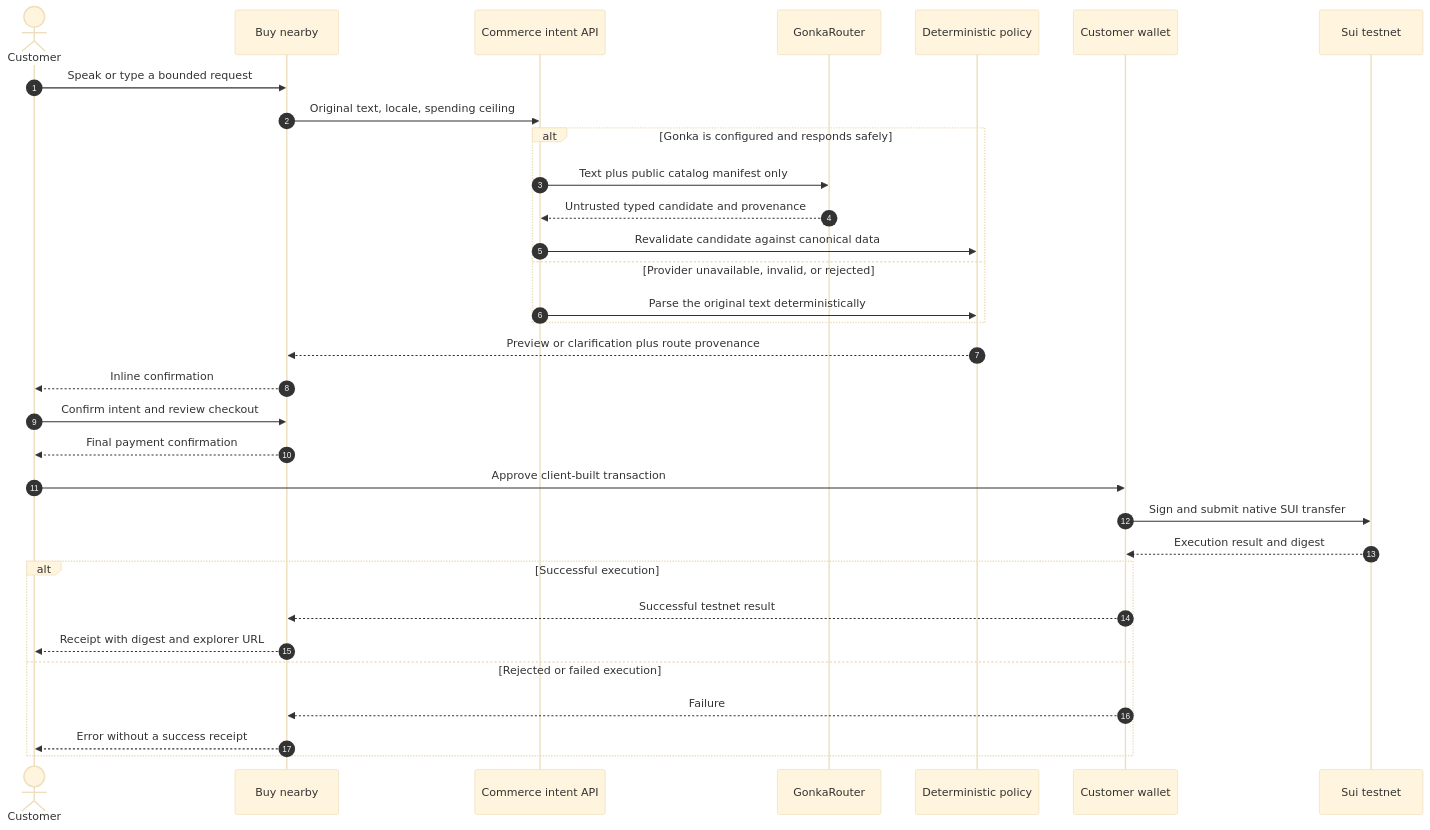
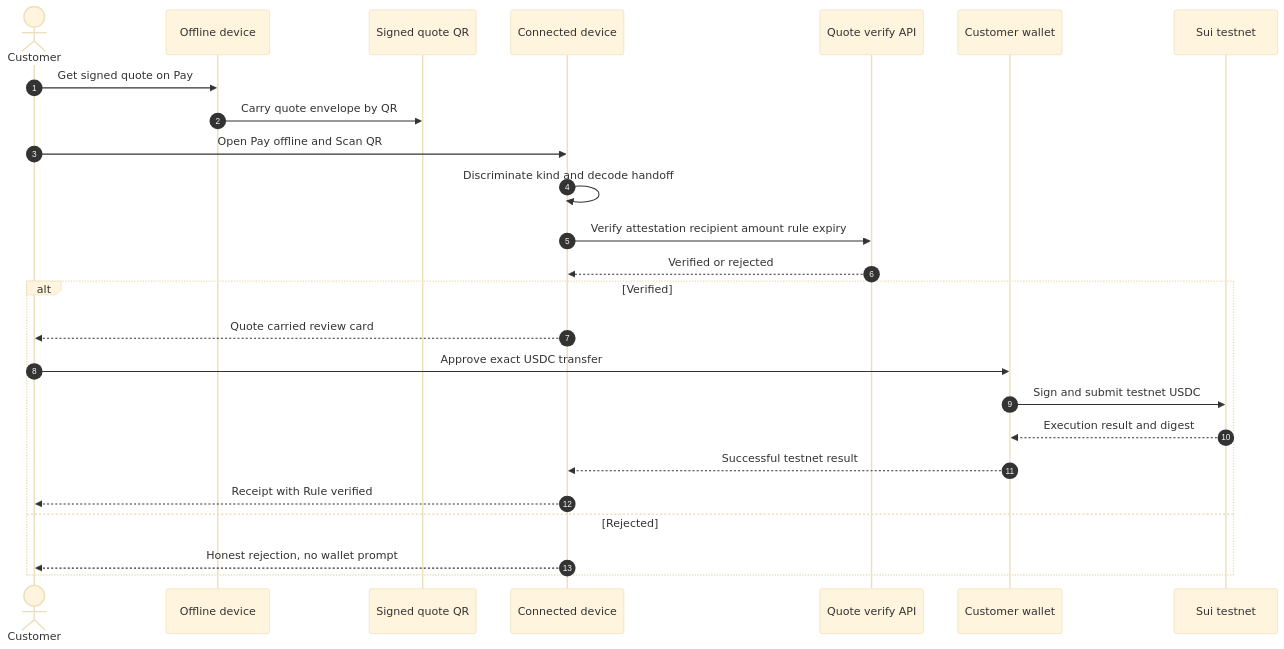
Before and after one commit to MUBA-Hack/convey-sui: the third of 4 diagrams in README.md, drawn with Mermaid (base theme). The commit also changed other lines of this file and 53 other files, not shown here.

Commit message:
Unify intent-aware remittance and offline handoff

````diff
--- a/README.md
+++ b/README.md
@@ -298,35 +384,28 @@
 ```mermaid
 sequenceDiagram
   autonumber
   actor Customer
-  participant Pay as Buy nearby
-  participant Intent as Commerce intent API
-  participant Gonka as GonkaRouter
-  participant Policy as Deterministic policy
+  participant Offline as Offline device
+  participant Qr as Signed quote QR
+  participant Connected as Connected device
+  participant Verify as Quote verify API
   participant Wallet as Customer wallet
   participant Sui as Sui testnet
 
-  Customer->>Pay: Speak or type a bounded request
-  Pay->>Intent: Original text, locale, spending ceiling
-  alt Gonka is configured and responds safely
-    Intent->>Gonka: Text plus public catalog manifest only
-    Gonka-->>Intent: Untrusted typed candidate and provenance
-    Intent->>Policy: Revalidate candidate against canonical data
-  else Provider unavailable, invalid, or rejected
-    Intent->>Policy: Parse the original text deterministically
-  end
-  Policy-->>Pay: Preview or clarification plus route provenance
-  Pay-->>Customer: Inline confirmation
-  Customer->>Pay: Confirm intent and review checkout
-  Pay-->>Customer: Final payment confirmation
-  Customer->>Wallet: Approve client-built transaction
-  Wallet->>Sui: Sign and submit native SUI transfer
-  Sui-->>Wallet: Execution result and digest
-  alt Successful execution
-    Wallet-->>Pay: Successful testnet result
-    Pay-->>Customer: Receipt with digest and explorer URL
-  else Rejected or failed execution
-    Wallet-->>Pay: Failure
-    Pay-->>Customer: Error without a success receipt
+  Customer->>Offline: Get signed quote on Pay
+  Offline->>Qr: Carry quote envelope by QR
+  Customer->>Connected: Open Pay offline and Scan QR
+  Connected->>Connected: Discriminate kind and decode handoff
+  Connected->>Verify: Verify attestation recipient amount rule expiry
+  Verify-->>Connected: Verified or rejected
+  alt Verified
+    Connected-->>Customer: Quote carried review card
+    Customer->>Wallet: Approve exact USDC transfer
+    Wallet->>Sui: Sign and submit testnet USDC
+    Sui-->>Wallet: Execution result and digest
+    Wallet-->>Connected: Successful testnet result
+    Connected-->>Customer: Receipt with Rule verified
+  else Rejected
+    Connected-->>Customer: Honest rejection, no wallet prompt
   end
 ```
````
